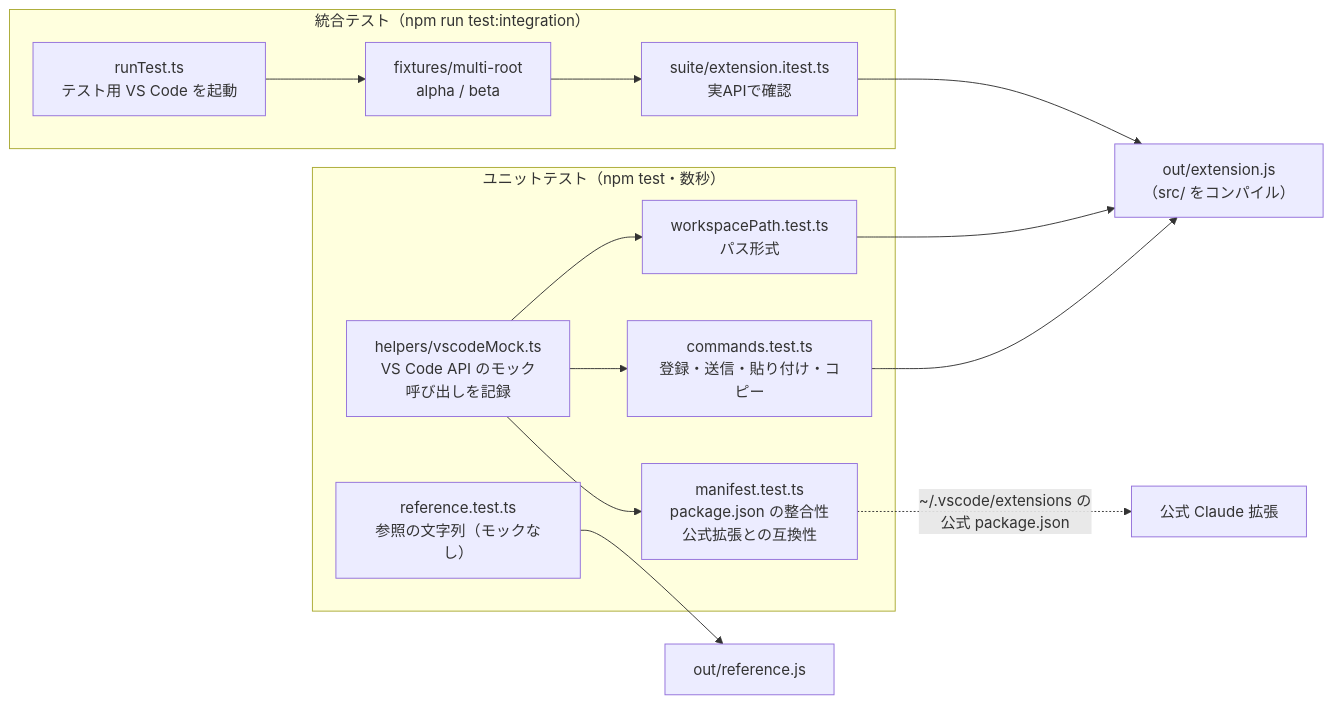
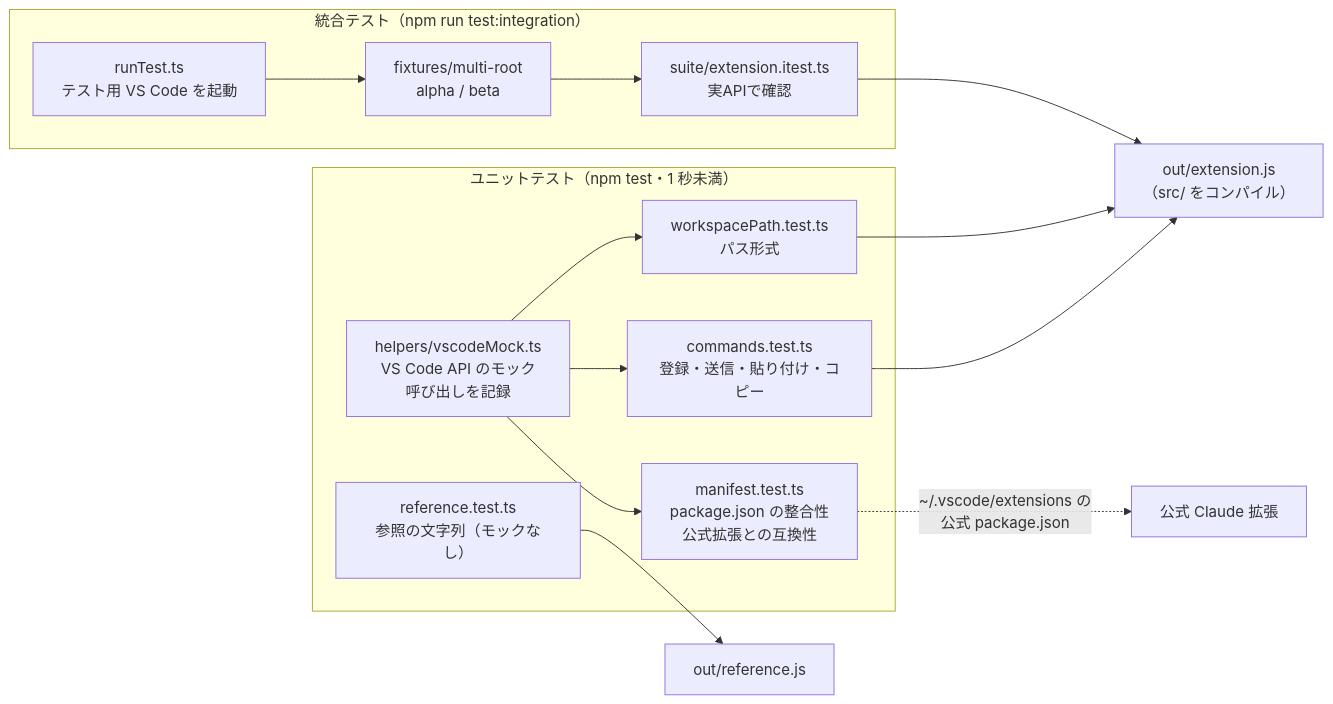
One commit to kip2/refs-to-chat changed the seventh of 7 diagrams in docs/ARCHITECTURE.md. Above: the diagram before and after it, drawn with Mermaid. The commit also changed other lines of this file and 7 other files, not shown here.

````diff
--- a/docs/ARCHITECTURE.md
+++ b/docs/ARCHITECTURE.md
@@ -354,22 +356,22 @@
 ```mermaid
 flowchart LR
-  subgraph Unit["ユニットテスト（npm test・数秒）"]
+  subgraph Unit["ユニットテスト（npm test・1 秒未満）"]
     M["helpers/vscodeMock.ts<br/>VS Code API のモック<br/>呼び出しを記録"]
     U0["reference.test.ts<br/>参照の文字列（モックなし）"]
     U1["workspacePath.test.ts<br/>パス形式"]
     U2["commands.test.ts<br/>登録・送信・貼り付け・コピー"]
     U3["manifest.test.ts<br/>package.json の整合性<br/>公式拡張との互換性"]
     M --> U1 & U2 & U3
   end
   U0 --> REF["out/reference.js"]
   subgraph Int["統合テスト（npm run test:integration）"]
     R["runTest.ts<br/>テスト用 VS Code を起動"]
     W["fixtures/multi-root<br/>alpha / beta"]
     I["suite/extension.itest.ts<br/>実APIで確認"]
     R --> W --> I
   end
   EXT["out/extension.js<br/>（src/ をコンパイル）"]
   U1 & U2 --> EXT
   I --> EXT
   U3 -.->|~/.vscode/extensions の<br/>公式 package.json| CL["公式 Claude 拡張"]
 ```
````
